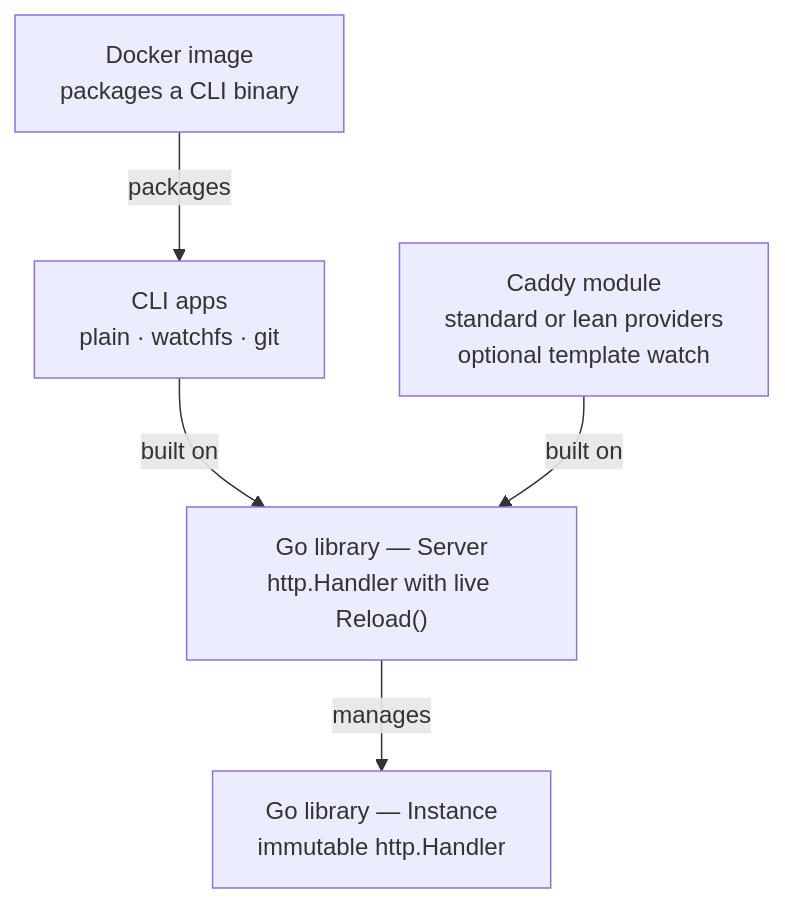
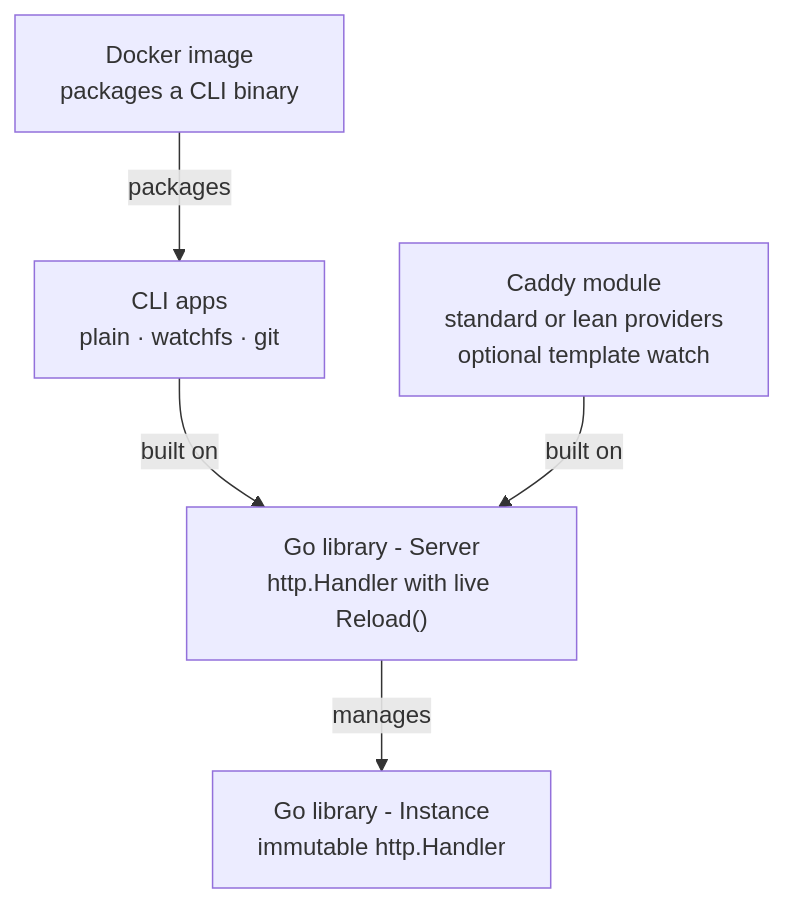
Before and after one commit to infogulch/xtemplate: the diagram in docs/reference/deployment-modes.md, drawn with Mermaid. The commit also changed other lines of this file and 25 other files, not shown here.

````diff
--- a/docs/reference/deployment-modes.md
+++ b/docs/reference/deployment-modes.md
@@ -5,13 +5,13 @@
 ```mermaid
 flowchart TD
     Docker["Docker image\npackages a CLI binary"]
     CLI["CLI apps\nplain · watchfs · git"]
     Caddy["Caddy module\nstandard or lean providers\noptional template watch"]
-    Server["Go library — Server\nhttp.Handler with live Reload()"]
-    Instance["Go library — Instance\nimmutable http.Handler"]
+    Server["Go library - Server\nhttp.Handler with live Reload()"]
+    Instance["Go library - Instance\nimmutable http.Handler"]
 
     Docker -->|packages| CLI
     CLI -->|built on| Server
     Caddy -->|built on| Server
     Server -->|manages| Instance
 ```
````
